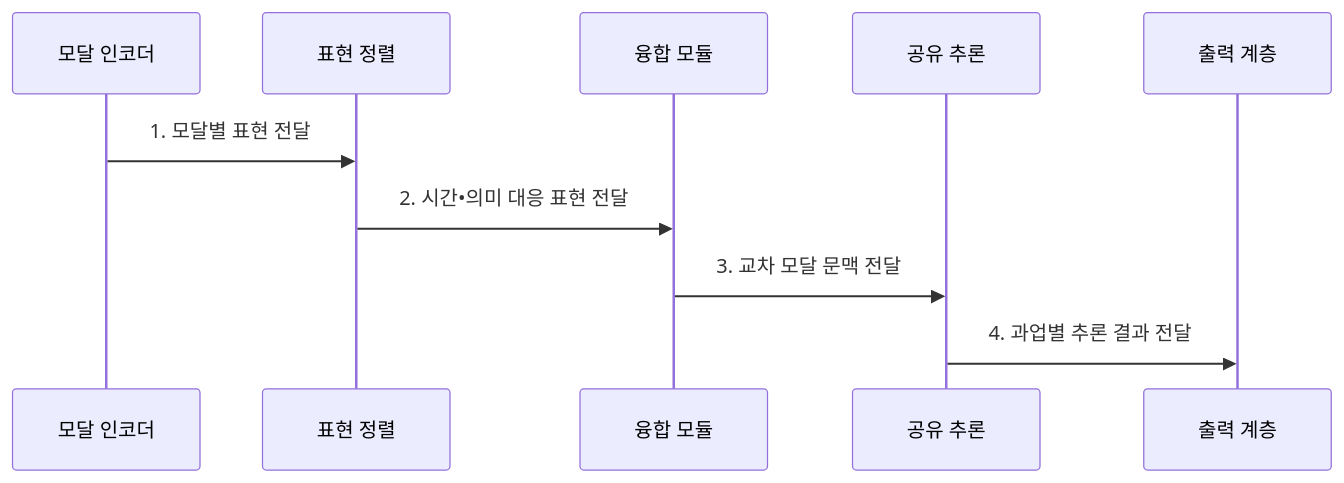
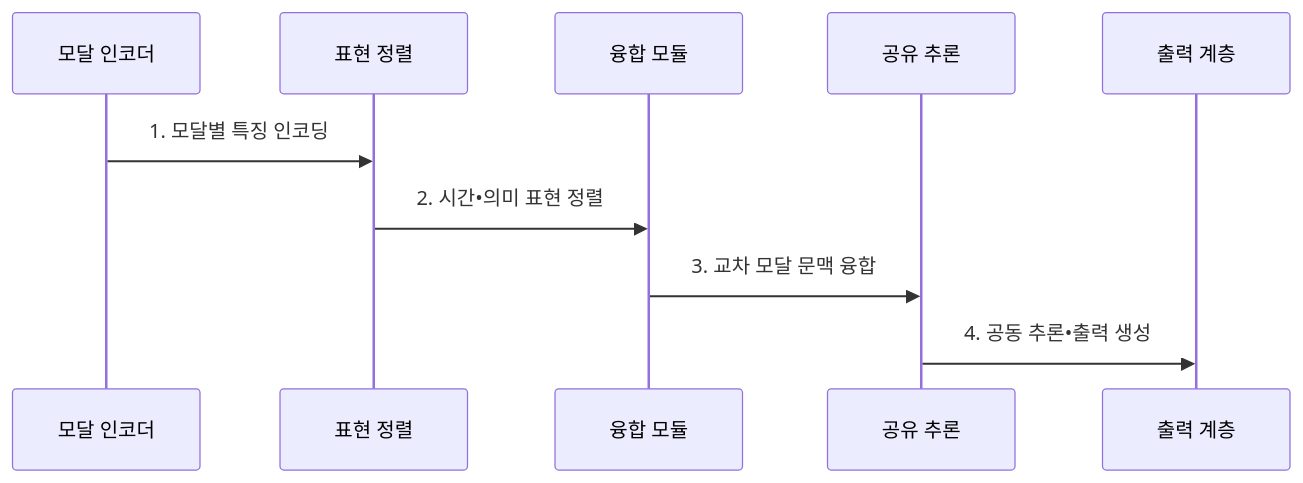
The second of 2 diagrams in src/content/docs/notes/08-latest-tech/087_multimodal_ai.md (agnusdei1207/knowledge-base), drawn with Mermaid before and after one commit. The commit also changed other lines of this file and 13 other files, not shown here.

````diff
--- a/src/content/docs/notes/08-latest-tech/087_multimodal_ai.md
+++ b/src/content/docs/notes/08-latest-tech/087_multimodal_ai.md
@@ -103,12 +103,12 @@
 ```mermaid
 sequenceDiagram
     participant I as 모달 인코더
     participant A as 표현 정렬
     participant F as 융합 모듈
     participant R as 공유 추론
     participant O as 출력 계층
-    I->>A: 1. 모달별 표현 전달
-    A->>F: 2. 시간•의미 대응 표현 전달
-    F->>R: 3. 교차 모달 문맥 전달
-    R->>O: 4. 과업별 추론 결과 전달
+    I->>A: 1. 모달별 특징 인코딩
+    A->>F: 2. 시간•의미 표현 정렬
+    F->>R: 3. 교차 모달 문맥 융합
+    R->>O: 4. 공동 추론•출력 생성
 ```
````
